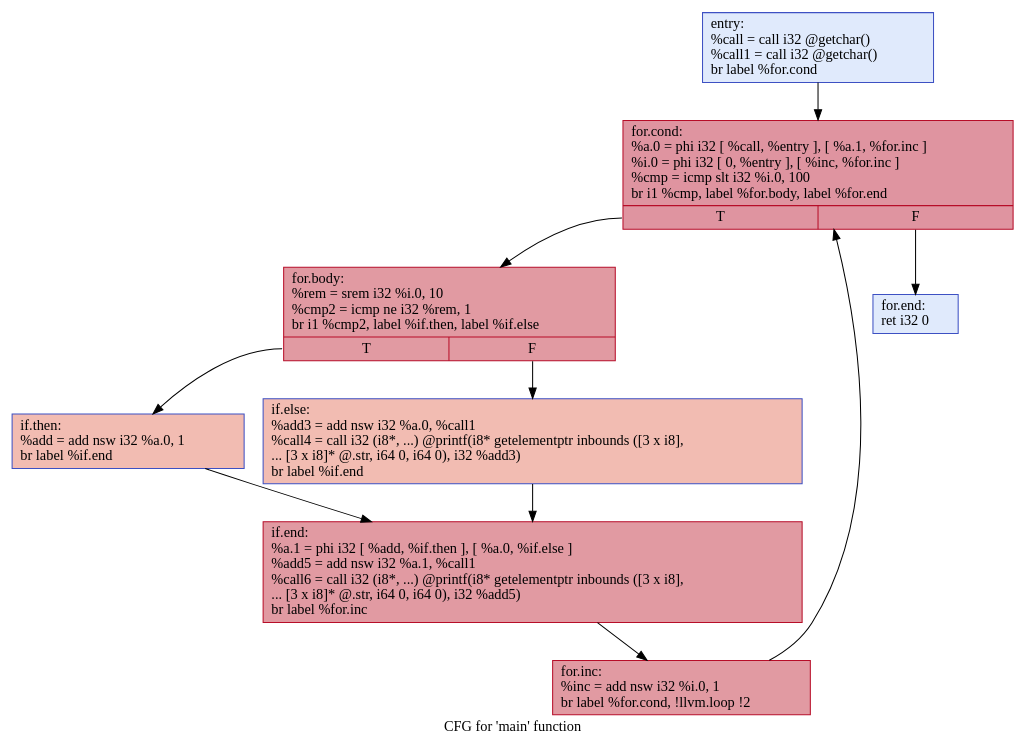
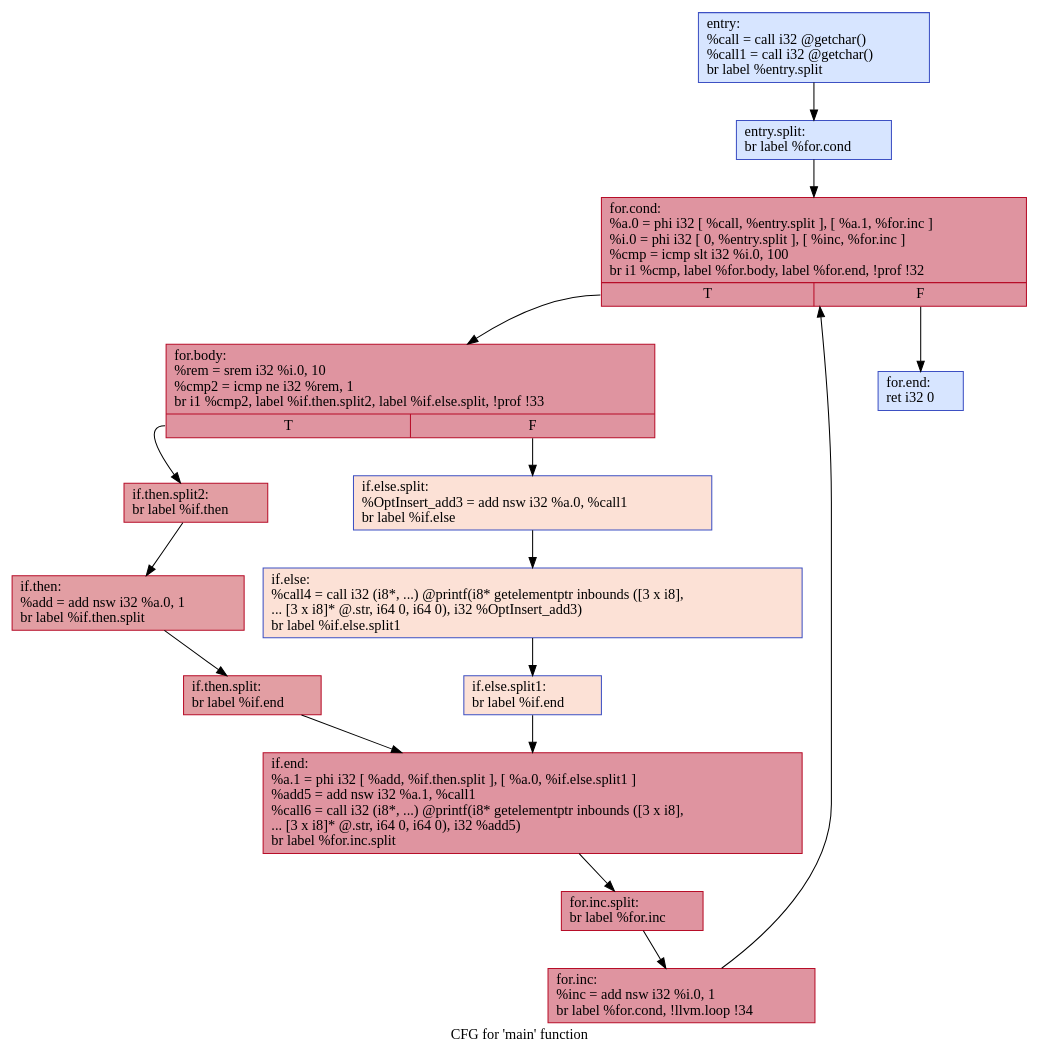
One commit to GGLeod/Speculation-Based-GVNPRE changed the diagram in visual/.main.dot. Above: the diagram before and after it, drawn with Graphviz. The commit also changed 6 other files, not shown here.

```diff
--- a/visual/.main.dot
+++ b/visual/.main.dot
@@ -1,21 +1,33 @@
 digraph "CFG for 'main' function" {
 	label="CFG for 'main' function";
 
-	Node0x5581eef5d300 [shape=record,color="#3d50c3ff", style=filled, fillcolor="#b9d0f970",label="{entry:\l  %call = call i32 @getchar()\l  %call1 = call i32 @getchar()\l  br label %for.cond\l}"];
-	Node0x5581eef5d300 -> Node0x5581eef5d350;
-	Node0x5581eef5d350 [shape=record,color="#b70d28ff", style=filled, fillcolor="#b70d2870",label="{for.cond:                                         \l  %a.0 = phi i32 [ %call, %entry ], [ %a.1, %for.inc ]\l  %i.0 = phi i32 [ 0, %entry ], [ %inc, %for.inc ]\l  %cmp = icmp slt i32 %i.0, 100\l  br i1 %cmp, label %for.body, label %for.end\l|{<s0>T|<s1>F}}"];
-	Node0x5581eef5d350:s0 -> Node0x5581eef5d3a0;
-	Node0x5581eef5d350:s1 -> Node0x5581eef5d530;
-	Node0x5581eef5d3a0 [shape=record,color="#b70d28ff", style=filled, fillcolor="#bb1b2c70",label="{for.body:                                         \l  %rem = srem i32 %i.0, 10\l  %cmp2 = icmp ne i32 %rem, 1\l  br i1 %cmp2, label %if.then, label %if.else\l|{<s0>T|<s1>F}}"];
-	Node0x5581eef5d3a0:s0 -> Node0x5581eef5d3f0;
-	Node0x5581eef5d3a0:s1 -> Node0x5581eef5d440;
-	Node0x5581eef5d3f0 [shape=record,color="#3d50c3ff", style=filled, fillcolor="#e1675170",label="{if.then:                                          \l  %add = add nsw i32 %a.0, 1\l  br label %if.end\l}"];
-	Node0x5581eef5d3f0 -> Node0x5581eef5d490;
-	Node0x5581eef5d440 [shape=record,color="#3d50c3ff", style=filled, fillcolor="#e1675170",label="{if.else:                                          \l  %add3 = add nsw i32 %a.0, %call1\l  %call4 = call i32 (i8*, ...) @printf(i8* getelementptr inbounds ([3 x i8],\l... [3 x i8]* @.str, i64 0, i64 0), i32 %add3)\l  br label %if.end\l}"];
-	Node0x5581eef5d440 -> Node0x5581eef5d490;
-	Node0x5581eef5d490 [shape=record,color="#b70d28ff", style=filled, fillcolor="#bb1b2c70",label="{if.end:                                           \l  %a.1 = phi i32 [ %add, %if.then ], [ %a.0, %if.else ]\l  %add5 = add nsw i32 %a.1, %call1\l  %call6 = call i32 (i8*, ...) @printf(i8* getelementptr inbounds ([3 x i8],\l... [3 x i8]* @.str, i64 0, i64 0), i32 %add5)\l  br label %for.inc\l}"];
-	Node0x5581eef5d490 -> Node0x5581eef5d4e0;
-	Node0x5581eef5d4e0 [shape=record,color="#b70d28ff", style=filled, fillcolor="#bb1b2c70",label="{for.inc:                                          \l  %inc = add nsw i32 %i.0, 1\l  br label %for.cond, !llvm.loop !2\l}"];
-	Node0x5581eef5d4e0 -> Node0x5581eef5d350;
-	Node0x5581eef5d530 [shape=record,color="#3d50c3ff", style=filled, fillcolor="#b9d0f970",label="{for.end:                                          \l  ret i32 0\l}"];
+	Node0x55f1064b5640 [shape=record,color="#3d50c3ff", style=filled, fillcolor="#a5c3fe70",label="{entry:\l  %call = call i32 @getchar()\l  %call1 = call i32 @getchar()\l  br label %entry.split\l}"];
+	Node0x55f1064b5640 -> Node0x55f1064c4880;
+	Node0x55f1064c4880 [shape=record,color="#3d50c3ff", style=filled, fillcolor="#a5c3fe70",label="{entry.split:                                      \l  br label %for.cond\l}"];
+	Node0x55f1064c4880 -> Node0x55f1064c48d0;
+	Node0x55f1064c48d0 [shape=record,color="#b70d28ff", style=filled, fillcolor="#b70d2870",label="{for.cond:                                         \l  %a.0 = phi i32 [ %call, %entry.split ], [ %a.1, %for.inc ]\l  %i.0 = phi i32 [ 0, %entry.split ], [ %inc, %for.inc ]\l  %cmp = icmp slt i32 %i.0, 100\l  br i1 %cmp, label %for.body, label %for.end, !prof !32\l|{<s0>T|<s1>F}}"];
+	Node0x55f1064c48d0:s0 -> Node0x55f1064c4920;
+	Node0x55f1064c48d0:s1 -> Node0x55f1064c4c40;
+	Node0x55f1064c4920 [shape=record,color="#b70d28ff", style=filled, fillcolor="#b70d2870",label="{for.body:                                         \l  %rem = srem i32 %i.0, 10\l  %cmp2 = icmp ne i32 %rem, 1\l  br i1 %cmp2, label %if.then.split2, label %if.else.split, !prof !33\l|{<s0>T|<s1>F}}"];
+	Node0x55f1064c4920:s0 -> Node0x55f1064c4970;
+	Node0x55f1064c4920:s1 -> Node0x55f1064c4a60;
+	Node0x55f1064c4970 [shape=record,color="#b70d28ff", style=filled, fillcolor="#be242e70",label="{if.then.split2:                                   \l  br label %if.then\l}"];
+	Node0x55f1064c4970 -> Node0x55f1064c49c0;
+	Node0x55f1064c49c0 [shape=record,color="#b70d28ff", style=filled, fillcolor="#be242e70",label="{if.then:                                          \l  %add = add nsw i32 %a.0, 1\l  br label %if.then.split\l}"];
+	Node0x55f1064c49c0 -> Node0x55f1064c4a10;
+	Node0x55f1064c4a10 [shape=record,color="#b70d28ff", style=filled, fillcolor="#be242e70",label="{if.then.split:                                    \l  br label %if.end\l}"];
+	Node0x55f1064c4a10 -> Node0x55f1064c4b50;
+	Node0x55f1064c4a60 [shape=record,color="#3d50c3ff", style=filled, fillcolor="#f7bca170",label="{if.else.split:                                    \l  %OptInsert_add3 = add nsw i32 %a.0, %call1\l  br label %if.else\l}"];
+	Node0x55f1064c4a60 -> Node0x55f1064c4ab0;
+	Node0x55f1064c4ab0 [shape=record,color="#3d50c3ff", style=filled, fillcolor="#f7bca170",label="{if.else:                                          \l  %call4 = call i32 (i8*, ...) @printf(i8* getelementptr inbounds ([3 x i8],\l... [3 x i8]* @.str, i64 0, i64 0), i32 %OptInsert_add3)\l  br label %if.else.split1\l}"];
+	Node0x55f1064c4ab0 -> Node0x55f1064c4b00;
+	Node0x55f1064c4b00 [shape=record,color="#3d50c3ff", style=filled, fillcolor="#f7bca170",label="{if.else.split1:                                   \l  br label %if.end\l}"];
+	Node0x55f1064c4b00 -> Node0x55f1064c4b50;
+	Node0x55f1064c4b50 [shape=record,color="#b70d28ff", style=filled, fillcolor="#b70d2870",label="{if.end:                                           \l  %a.1 = phi i32 [ %add, %if.then.split ], [ %a.0, %if.else.split1 ]\l  %add5 = add nsw i32 %a.1, %call1\l  %call6 = call i32 (i8*, ...) @printf(i8* getelementptr inbounds ([3 x i8],\l... [3 x i8]* @.str, i64 0, i64 0), i32 %add5)\l  br label %for.inc.split\l}"];
+	Node0x55f1064c4b50 -> Node0x55f1064c4ba0;
+	Node0x55f1064c4ba0 [shape=record,color="#b70d28ff", style=filled, fillcolor="#b70d2870",label="{for.inc.split:                                    \l  br label %for.inc\l}"];
+	Node0x55f1064c4ba0 -> Node0x55f1064c4bf0;
+	Node0x55f1064c4bf0 [shape=record,color="#b70d28ff", style=filled, fillcolor="#b70d2870",label="{for.inc:                                          \l  %inc = add nsw i32 %i.0, 1\l  br label %for.cond, !llvm.loop !34\l}"];
+	Node0x55f1064c4bf0 -> Node0x55f1064c48d0;
+	Node0x55f1064c4c40 [shape=record,color="#3d50c3ff", style=filled, fillcolor="#a5c3fe70",label="{for.end:                                          \l  ret i32 0\l}"];
 }
```
